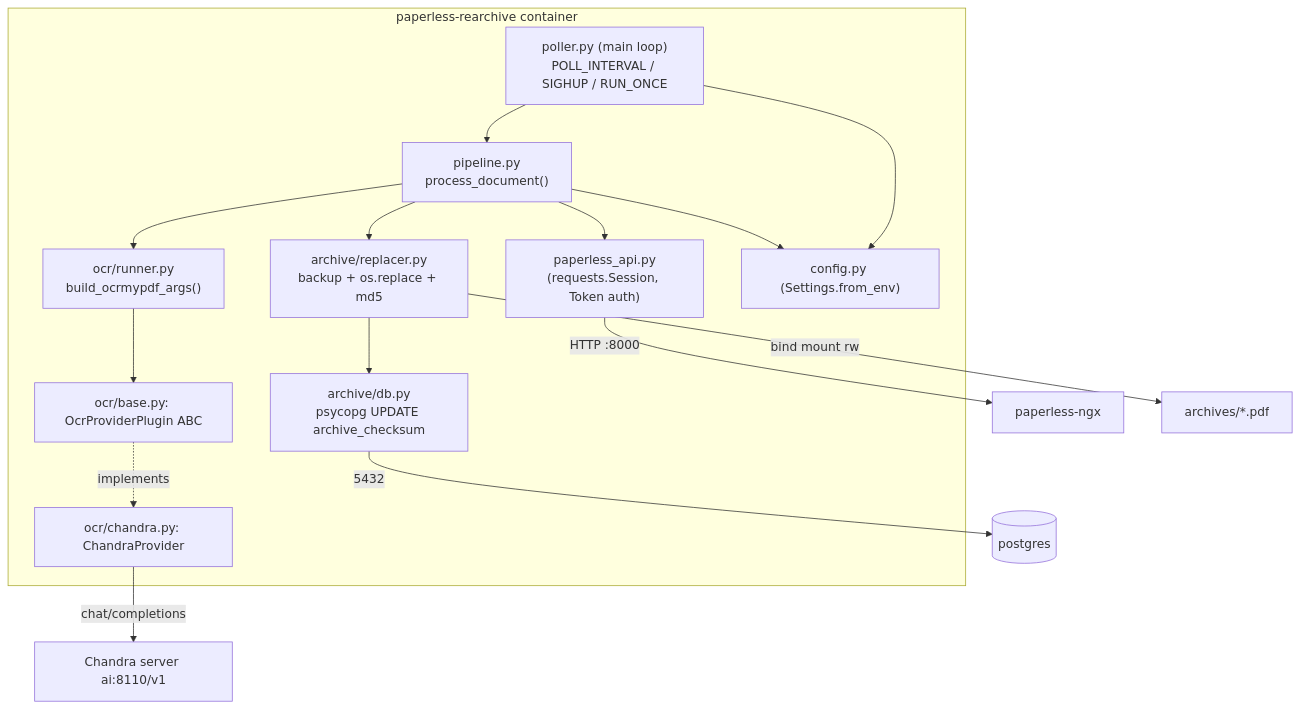
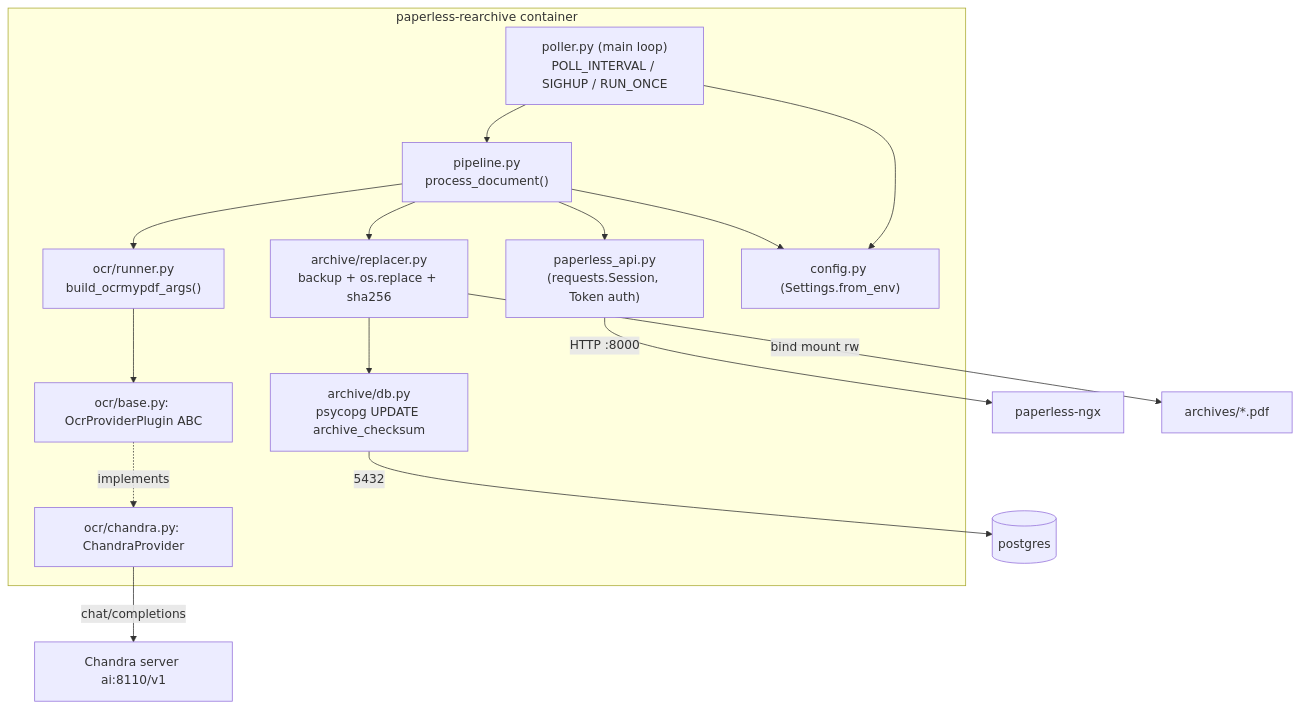
Before and after one commit to strichte/paperless-rearchive: the first of 2 diagrams in doc/PLANNING.md, drawn with Mermaid. The commit also changed other lines of this file and 5 other files, not shown here.

Commit message:
Fix archive checksum algorithm: paperless uses SHA-256, not MD5 (verified live); archive dir is media/documents/archive; pngquant in image

````diff
--- a/doc/PLANNING.md
+++ b/doc/PLANNING.md
@@ -39,27 +43,27 @@
 ```mermaid
 flowchart TB
     subgraph container["paperless-rearchive container"]
         MAIN["poller.py (main loop)<br/>POLL_INTERVAL / SIGHUP / RUN_ONCE"]
         PIPE["pipeline.py<br/>process_document()"]
         API["paperless_api.py<br/>(requests.Session, Token auth)"]
         RUN["ocr/runner.py<br/>build_ocrmypdf_args()"]
         PROV["ocr/base.py: OcrProviderPlugin ABC"]
         CHAN["ocr/chandra.py: ChandraProvider"]
-        REP["archive/replacer.py<br/>backup + os.replace + md5"]
+        REP["archive/replacer.py<br/>backup + os.replace + sha256"]
         DBM["archive/db.py<br/>psycopg UPDATE archive_checksum"]
         CFG["config.py (Settings.from_env)"]
         MAIN --> CFG
         MAIN --> PIPE
         PIPE --> API
         PIPE --> RUN
         RUN --> PROV
         PROV -.implements.-> CHAN
         PIPE --> REP
         REP --> DBM
         PIPE --> CFG
     end
     API -- "HTTP :8000" --> PLX["paperless-ngx"]
     CHAN -- "chat/completions" --> LLM["Chandra server ai:8110/v1"]
     REP -- "bind mount rw" --> ARC["archives/*.pdf"]
     DBM -- "5432" --> PG[("postgres")]
 ```
````
